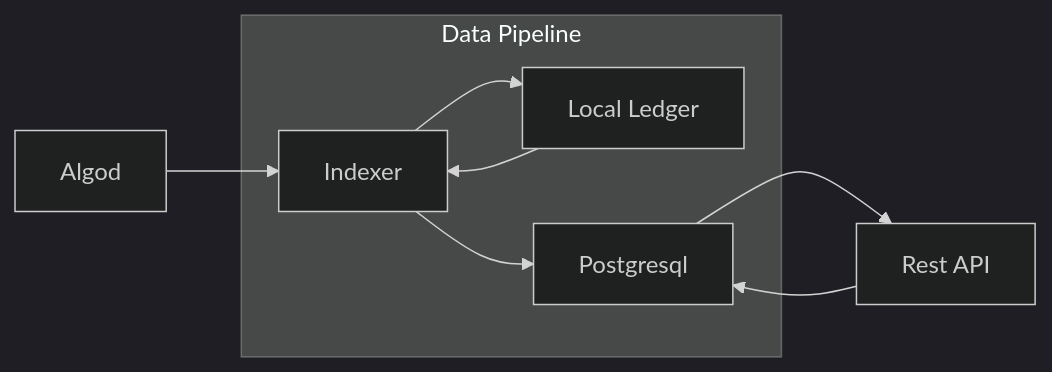
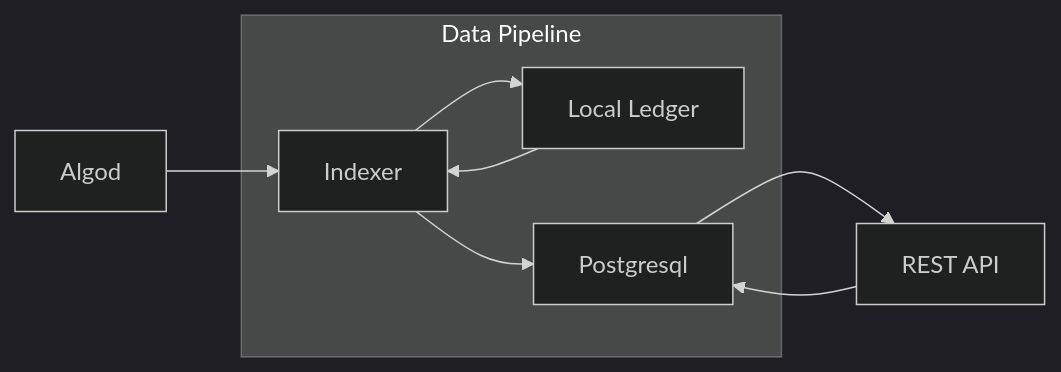
One commit to algorand/conduit changed the first of 5 diagrams in docs/tutorials/IndexerMigration.md. Above: the diagram before and after it, drawn with Mermaid (dark theme). The commit also changed other lines of this file, not shown here.

````diff
--- a/docs/tutorials/IndexerMigration.md
+++ b/docs/tutorials/IndexerMigration.md
@@ -17,17 +22,17 @@
 ```mermaid
 graph LR;
     algod["Algod"]
     index["Indexer"]
     ledger["Local Ledger"]
     psql["Postgresql"]
-    restapi["Rest API"]
+    restapi["REST API"]
     
     algod-->index;
     subgraph "Data Pipeline"
         index-->ledger;
         ledger-->index;
         index-->psql;
     end
     psql-->restapi;
     restapi-->psql;
 ```
````
